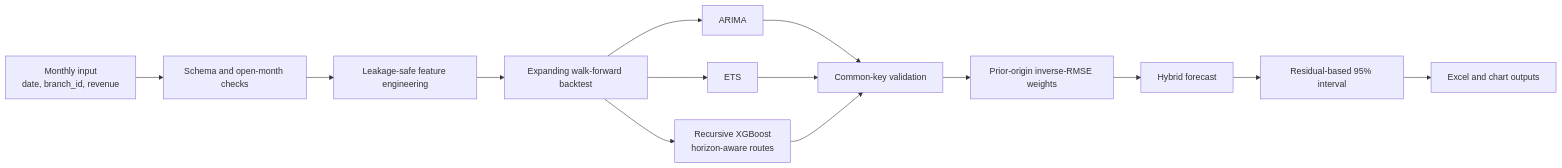
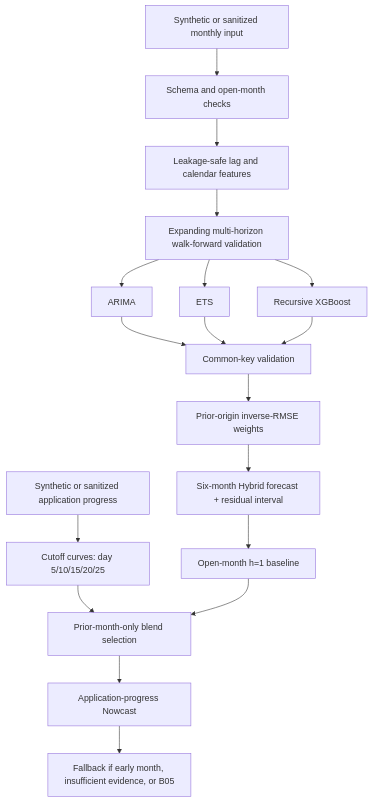
Before and after one commit to william4785-code/warranty-revenue-forecasting-system: the diagram in README.md, drawn with Mermaid. The commit also changed other lines of this file and 31 other files, not shown here.

````diff
--- a/README.md
+++ b/README.md
@@ -55,16 +40,20 @@
 ```mermaid
-flowchart LR
-    A["Monthly input<br/>date, branch_id, revenue"] --> B["Schema and open-month checks"]
-    B --> C["Leakage-safe feature engineering"]
-    C --> D["Expanding walk-forward backtest"]
+flowchart TD
+    A["Synthetic or sanitized monthly input"] --> B["Schema and open-month checks"]
+    B --> C["Leakage-safe lag and calendar features"]
+    C --> D["Expanding multi-horizon walk-forward validation"]
     D --> E1["ARIMA"]
     D --> E2["ETS"]
-    D --> E3["Recursive XGBoost<br/>horizon-aware routes"]
+    D --> E3["Recursive XGBoost"]
     E1 --> F["Common-key validation"]
     E2 --> F
     E3 --> F
     F --> G["Prior-origin inverse-RMSE weights"]
-    G --> H["Hybrid forecast"]
-    H --> I["Residual-based 95% interval"]
-    I --> J["Excel and chart outputs"]
+    G --> H["Six-month Hybrid forecast + residual interval"]
+    I["Synthetic or sanitized application progress"] --> J["Cutoff curves: day 5/10/15/20/25"]
+    H --> K["Open-month h=1 baseline"]
+    J --> L["Prior-month-only blend selection"]
+    K --> L
+    L --> M["Application-progress Nowcast"]
+    M --> N["Fallback if early month, insufficient evidence, or B05"]
 ```
````
